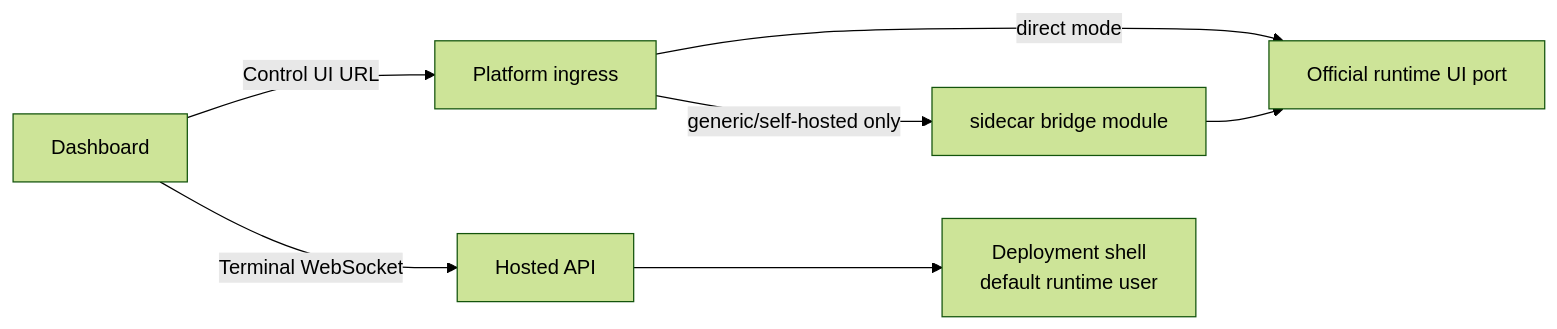
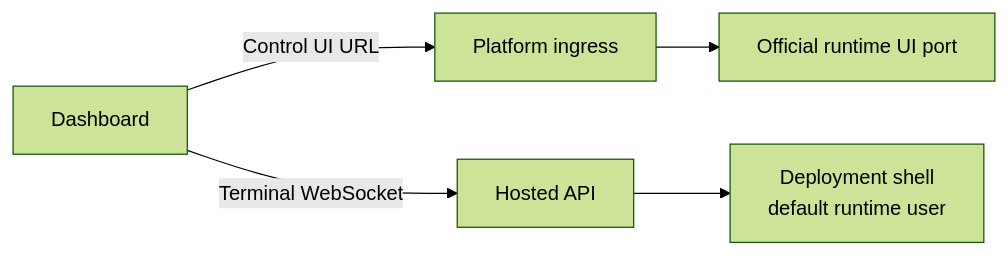
Before and after one commit to Clawdi-AI/clawdi: the second of 2 diagrams in docs/managed-runtime.md, drawn with Mermaid (forest theme). The commit also changed other lines of this file and 32 other files, not shown here.

Commit message:
refactor(runtime): remove dashboard bridge

````diff
--- a/docs/managed-runtime.md
+++ b/docs/managed-runtime.md
@@ -822,9 +787,7 @@
 ```mermaid
 flowchart LR
     Dashboard[Dashboard] -->|Control UI URL| Ingress[Platform ingress]
-    Ingress -->|direct mode| RuntimeUI[Official runtime UI port]
-    Ingress -->|generic/self-hosted only| Bridge[sidecar bridge module]
-    Bridge --> RuntimeUI
+    Ingress --> RuntimeUI[Official runtime UI port]
     Dashboard -->|Terminal WebSocket| HostedAPI[Hosted API]
     HostedAPI --> Shell[Deployment shell<br/>default runtime user]
 ```
````
